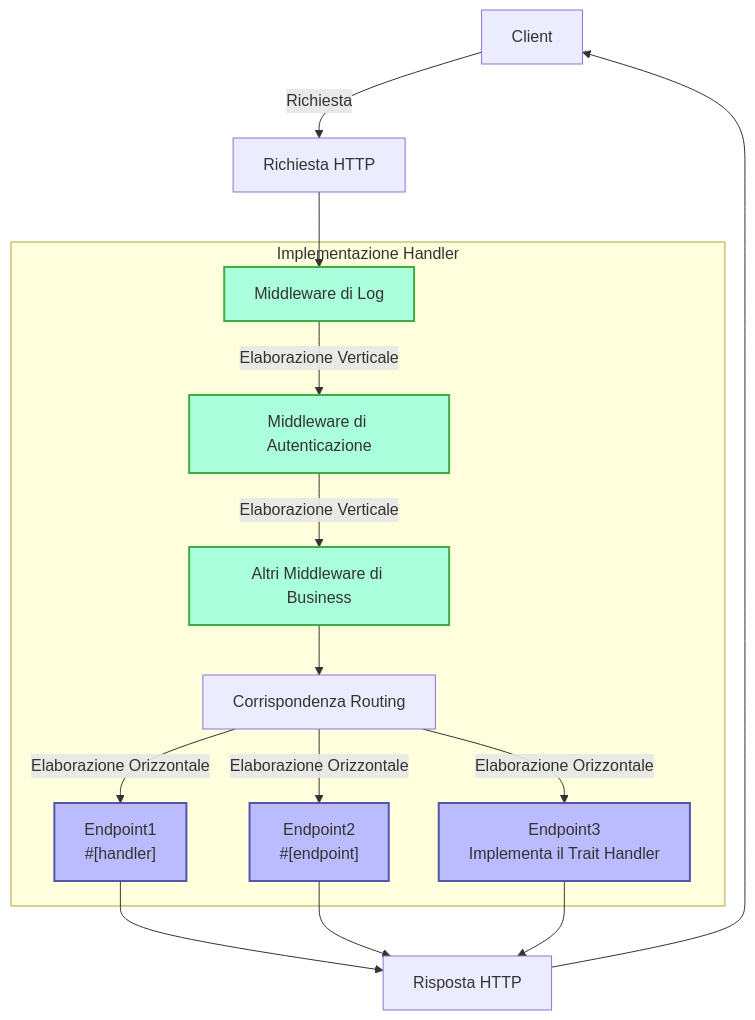
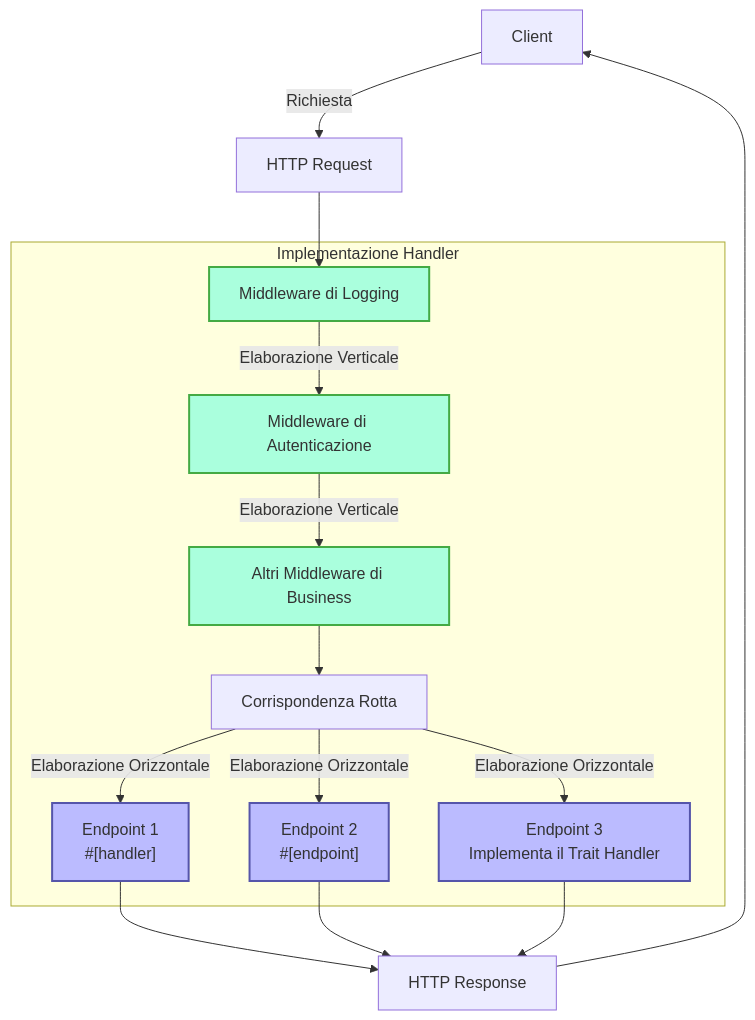
Before and after one commit to salvo-rs/website: the first of 2 diagrams in docs/it/guide/concepts/handler.mdx, drawn with Mermaid. The commit also changed other lines of this file and 70 other files, not shown here.

````diff
--- a/docs/it/guide/concepts/handler.mdx
+++ b/docs/it/guide/concepts/handler.mdx
@@ -15,25 +15,25 @@
 ```mermaid
 flowchart TD
-    Client[Client] -->|Richiesta| Request[Richiesta HTTP]
+    Client[Client] -->|Richiesta| Request[HTTP Request]
     Request --> M1
 
     subgraph "Implementazione Handler"
-        M1[Middleware di Log] -->|Elaborazione Verticale| M2[Middleware di Autenticazione] -->|Elaborazione Verticale| M3[Altri Middleware di Business]
-        M3 --> Router[Corrispondenza Routing]
+        M1[Middleware di Logging] -->|Elaborazione Verticale| M2[Middleware di Autenticazione] -->|Elaborazione Verticale| M3[Altri Middleware di Business]
+        M3 --> Router[Corrispondenza Rotta]
 
-        Router -->|Elaborazione Orizzontale| E1["Endpoint1<br>#[handler]"]
-        Router -->|Elaborazione Orizzontale| E2["Endpoint2<br>#[endpoint]"]
-        Router -->|Elaborazione Orizzontale| E3["Endpoint3<br>Implementa il Trait Handler"]
+        Router -->|Elaborazione Orizzontale| E1["Endpoint 1<br>#[handler]"]
+        Router -->|Elaborazione Orizzontale| E2["Endpoint 2<br>#[endpoint]"]
+        Router -->|Elaborazione Orizzontale| E3["Endpoint 3<br>Implementa il Trait Handler"]
     end
 
-    E1 --> Response[Risposta HTTP]
+    E1 --> Response[HTTP Response]
     E2 --> Response
     E3 --> Response
     Response --> Client
 
     classDef middleware fill:#afd,stroke:#4a4,stroke-width:2px;
     classDef endpoint fill:#bbf,stroke:#55a,stroke-width:2px;
 
     class M1,M2,M3 middleware;
     class E1,E2,E3 endpoint;
 ```
````
